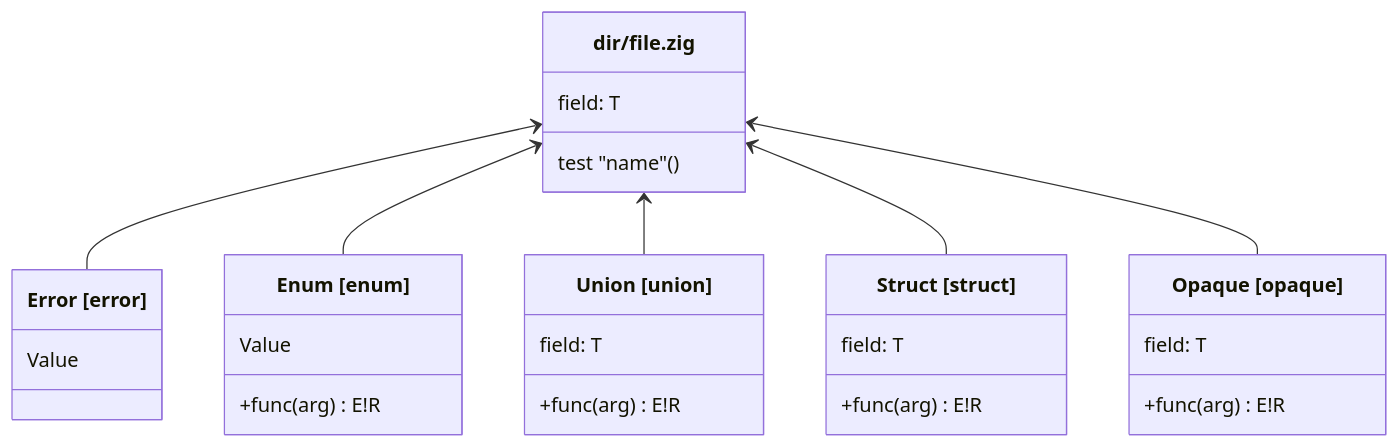
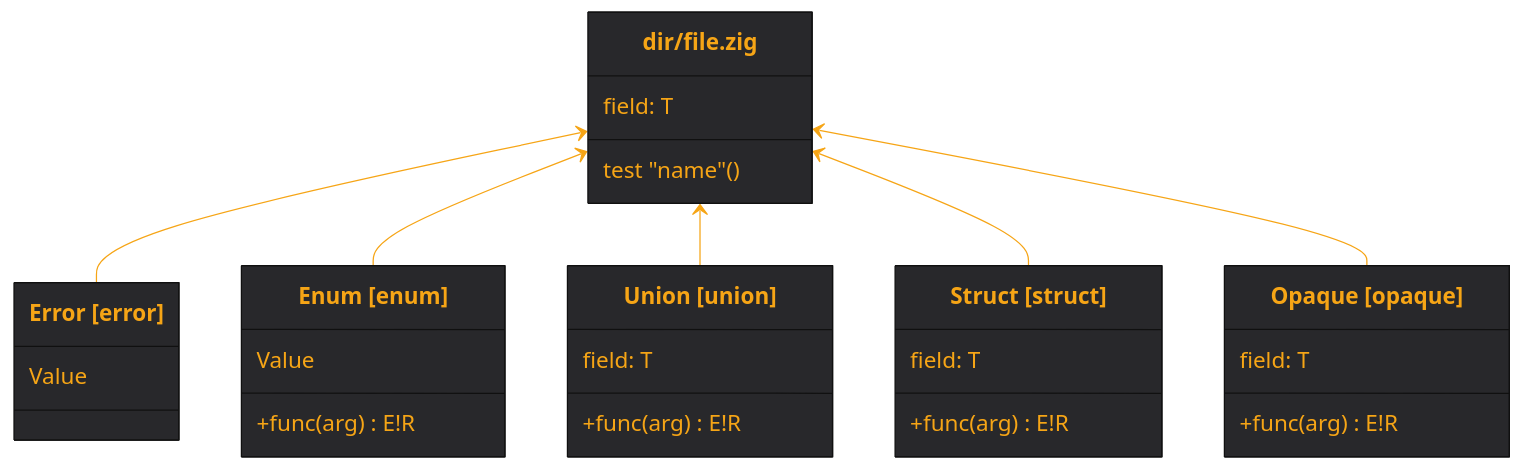
The diagram in README.md (tensorush/meduza), drawn with Mermaid before and after one commit. The commit also changed 2 other files, not shown here.

Commit message:
Update Legend

````diff
--- a/README.md
+++ b/README.md
@@ -50,31 +50,43 @@
 ```mermaid
+%%{
+    init: {
+        'theme': 'base',
+        'themeVariables': {
+            'fontSize': '18px',
+            'fontFamily': 'arial',
+            'lineColor': '#F6A516',
+            'primaryColor': '#28282B',
+            'primaryTextColor': '#F6A516'
+        }
+    }
+}%%
 classDiagram
     class `dir/file.zig` {
         field: T
         test "name"()
     }
     class Error["Error [error]"] {
         Value
     }
     class Enum["Enum [enum]"] {
         Value
         +func(arg) E!R
     }
     class Union["Union [union]"] {
         field: T
         +func(arg) E!R
     }
     class Struct["Struct [struct]"] {
         field: T
         +func(arg) E!R
     }
     class Opaque["Opaque [opaque]"] {
         field: T
         +func(arg) E!R
     }
     `dir/file.zig` <-- Error
     `dir/file.zig` <-- Enum
     `dir/file.zig` <-- Union
     `dir/file.zig` <-- Struct
     `dir/file.zig` <-- Opaque
 ```
````
